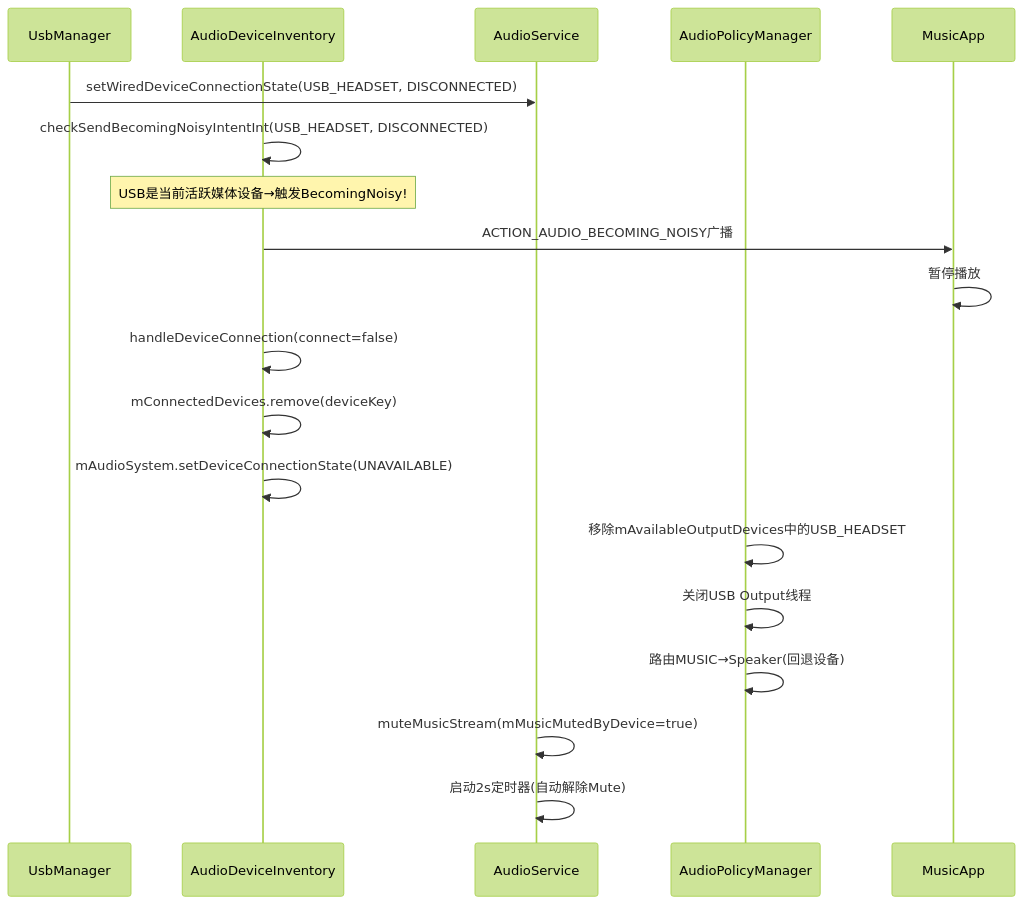
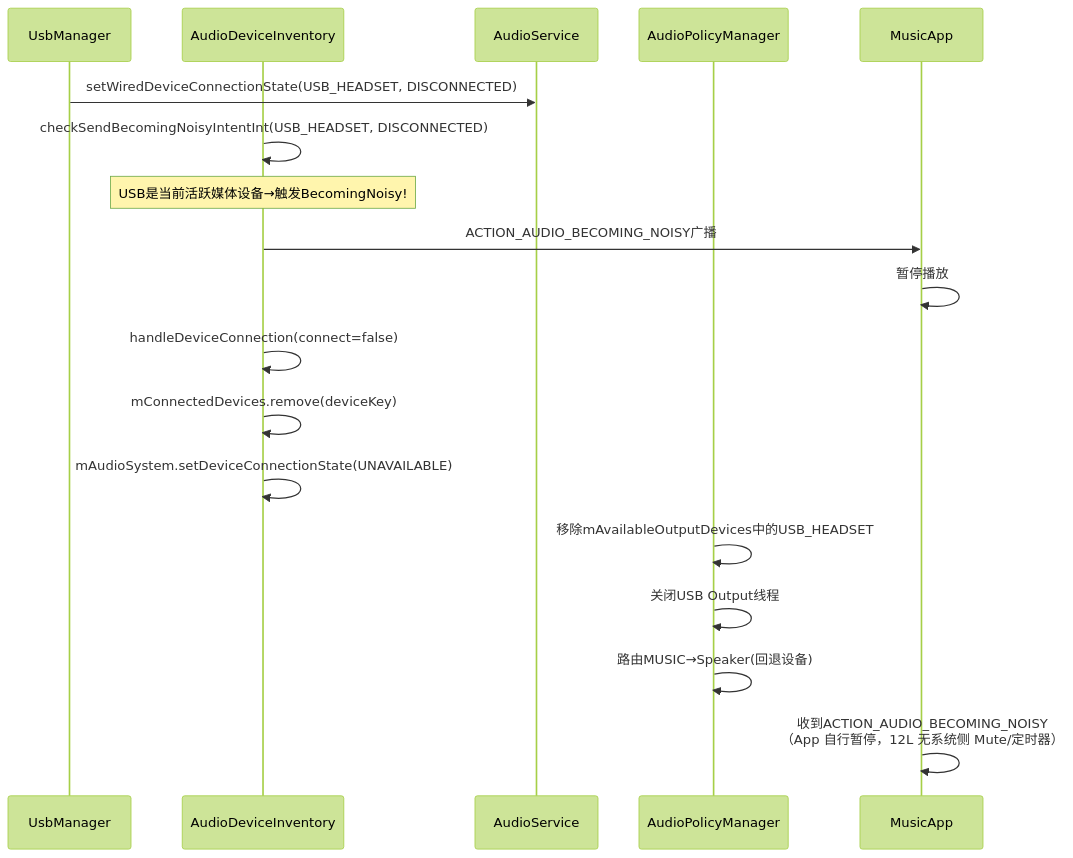
One commit to yanglinzhen1022/SA8295_AAOS_QNX_Audio_KnowledgeBase changed the second of 7 diagrams in 13_Volume_Device_Deep_Dive/13_13.4_外部音频设备-USBHDMI有线设备管理.md. Above: the diagram before and after it, drawn with Mermaid (forest theme). The commit also changed other lines of this file and 58 other files, not shown here.

````diff
--- a/13_Volume_Device_Deep_Dive/13_13.4_外部音频设备-USBHDMI有线设备管理.md
+++ b/13_Volume_Device_Deep_Dive/13_13.4_外部音频设备-USBHDMI有线设备管理.md
@@ -87,27 +87,26 @@
 ```mermaid
 sequenceDiagram
     participant UM as UsbManager
     participant INV as AudioDeviceInventory
     participant AS as AudioService
     participant APM as AudioPolicyManager
     participant APP as MusicApp
     
     UM->>AS: setWiredDeviceConnectionState(USB_HEADSET, DISCONNECTED)
     
     INV->>INV: checkSendBecomingNoisyIntentInt(USB_HEADSET, DISCONNECTED)
     Note over INV: USB是当前活跃媒体设备→触发BecomingNoisy!
     
     INV->>APP: ACTION_AUDIO_BECOMING_NOISY广播
     APP->>APP: 暂停播放
     
     INV->>INV: handleDeviceConnection(connect=false)
     INV->>INV: mConnectedDevices.remove(deviceKey)
     INV->>INV: mAudioSystem.setDeviceConnectionState(UNAVAILABLE)
     
     APM->>APM: 移除mAvailableOutputDevices中的USB_HEADSET
     APM->>APM: 关闭USB Output线程
     APM->>APM: 路由MUSIC→Speaker(回退设备)
     
-    AS->>AS: muteMusicStream(mMusicMutedByDevice=true)
-    AS->>AS: 启动2s定时器(自动解除Mute)
+    APP->>APP: 收到ACTION_AUDIO_BECOMING_NOISY<br>（App 自行暂停，12L 无系统侧 Mute/定时器）
 ```
````
